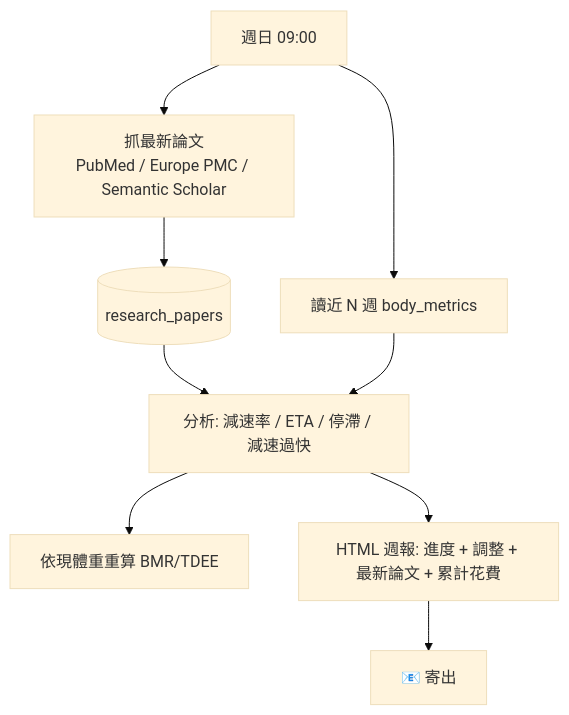
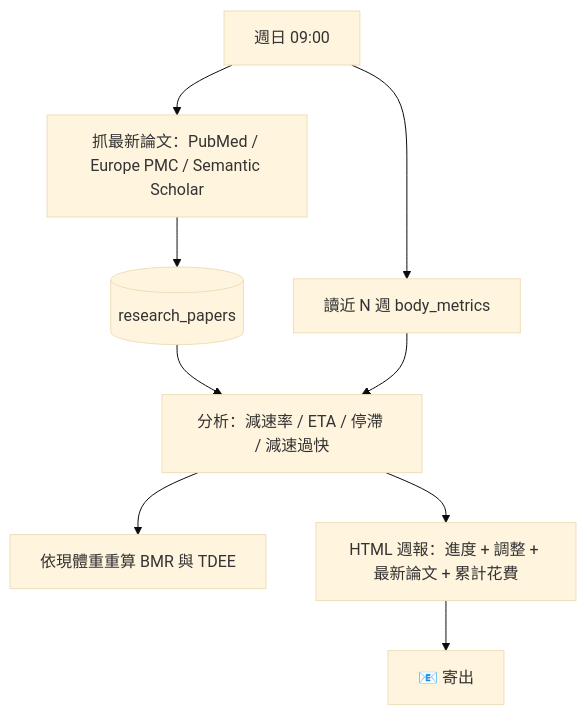
Before and after one commit to Lee-unhn/psmf-coach: the third of 4 diagrams in README.md, drawn with Mermaid (base theme). The commit also changed other lines of this file and 1 other file, not shown here.

Commit message:
docs: author 改 Leeunhn + README 架構圖標籤加引號(GitHub 渲染) + 加 DB schema 圖

````diff
--- a/README.md
+++ b/README.md
@@ -74,10 +86,11 @@
 ```mermaid
 flowchart TD
-  T[週日 09:00] --> P[抓最新論文<br>PubMed / Europe PMC / Semantic Scholar]
-  P --> DBP[(research_papers)]
-  T --> TR[讀近 N 週 body_metrics]
-  DBP & TR --> AN[分析: 減速率 / ETA / 停滯 / 減速過快]
-  AN --> TDEE[依現體重重算 BMR/TDEE]
-  AN --> REP[HTML 週報: 進度 + 調整 + 最新論文 + 累計花費]
-  REP --> MAIL[📧 寄出]
+  T["週日 09:00"] --> P["抓最新論文：PubMed / Europe PMC / Semantic Scholar"]
+  P --> DBP[("research_papers")]
+  T --> TR["讀近 N 週 body_metrics"]
+  DBP --> AN["分析：減速率 / ETA / 停滯 / 減速過快"]
+  TR --> AN
+  AN --> TDEE["依現體重重算 BMR 與 TDEE"]
+  AN --> REP["HTML 週報：進度 + 調整 + 最新論文 + 累計花費"]
+  REP --> MAIL["📧 寄出"]
 ```
````
